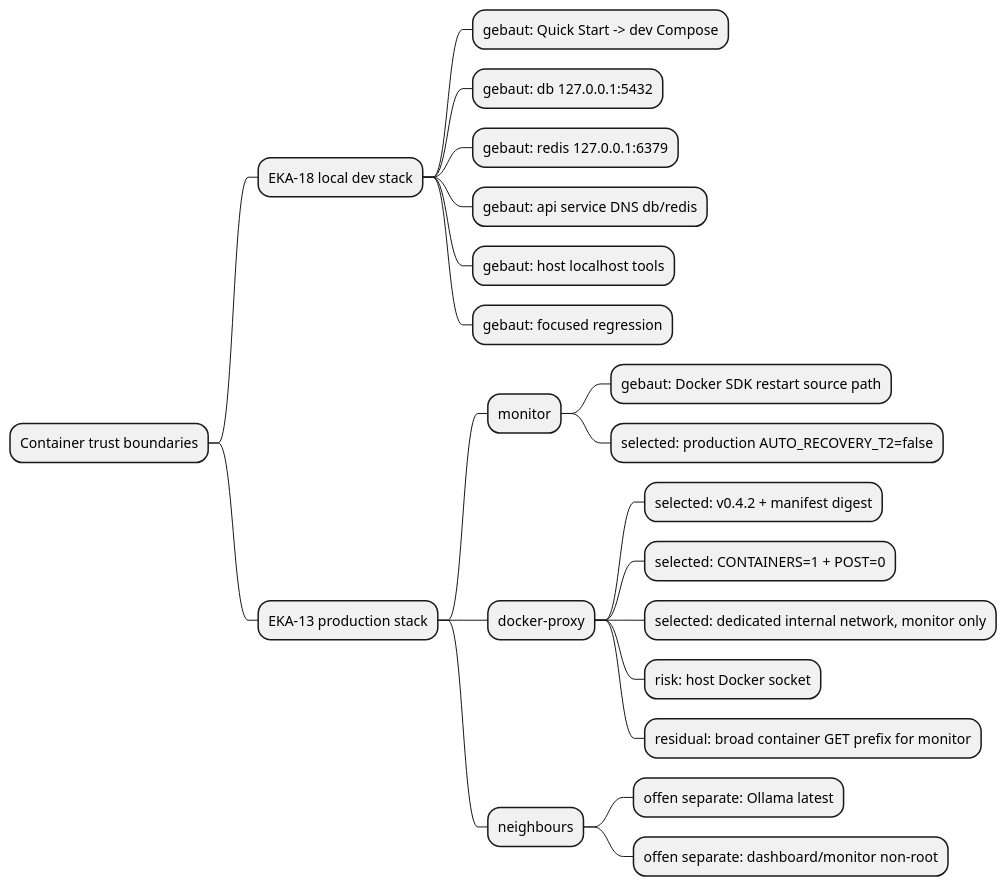
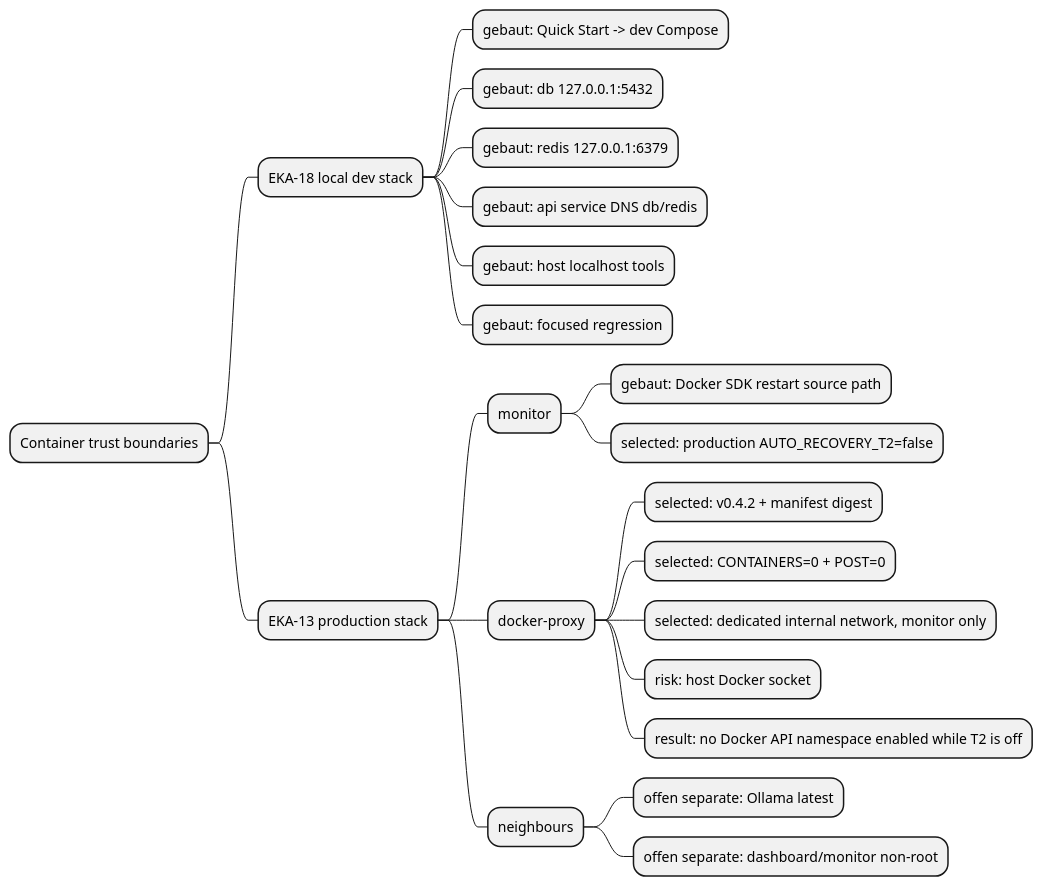
One commit to NeaBouli/pnyx changed the first of 2 diagrams in docs/architecture/map.puml. Above: the diagram before and after it, drawn with PlantUML. The commit also changed other lines of this file and 8 other files, not shown here.

```diff
--- a/docs/architecture/map.puml
+++ b/docs/architecture/map.puml
@@ -1,23 +1,23 @@
 @startmindmap
 * Container trust boundaries
 ** EKA-18 local dev stack
 *** gebaut: Quick Start -> dev Compose
 *** gebaut: db 127.0.0.1:5432
 *** gebaut: redis 127.0.0.1:6379
 *** gebaut: api service DNS db/redis
 *** gebaut: host localhost tools
 *** gebaut: focused regression
 ** EKA-13 production stack
 *** monitor
 **** gebaut: Docker SDK restart source path
 **** selected: production AUTO_RECOVERY_T2=false
 *** docker-proxy
 **** selected: v0.4.2 + manifest digest
-**** selected: CONTAINERS=1 + POST=0
+**** selected: CONTAINERS=0 + POST=0
 **** selected: dedicated internal network, monitor only
 **** risk: host Docker socket
-**** residual: broad container GET prefix for monitor
+**** result: no Docker API namespace enabled while T2 is off
 *** neighbours
 **** offen separate: Ollama latest
 **** offen separate: dashboard/monitor non-root
 @endmindmap
```
